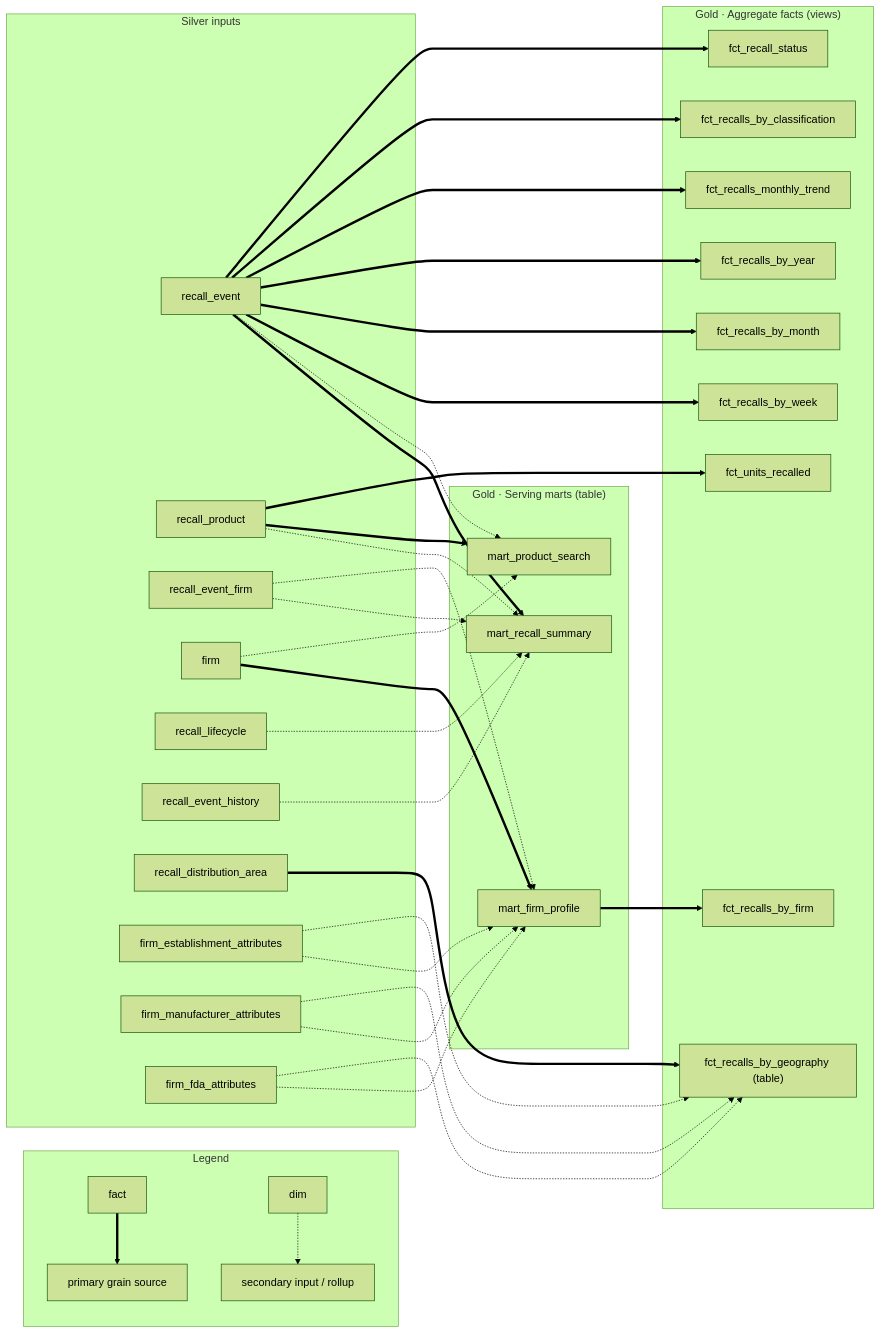
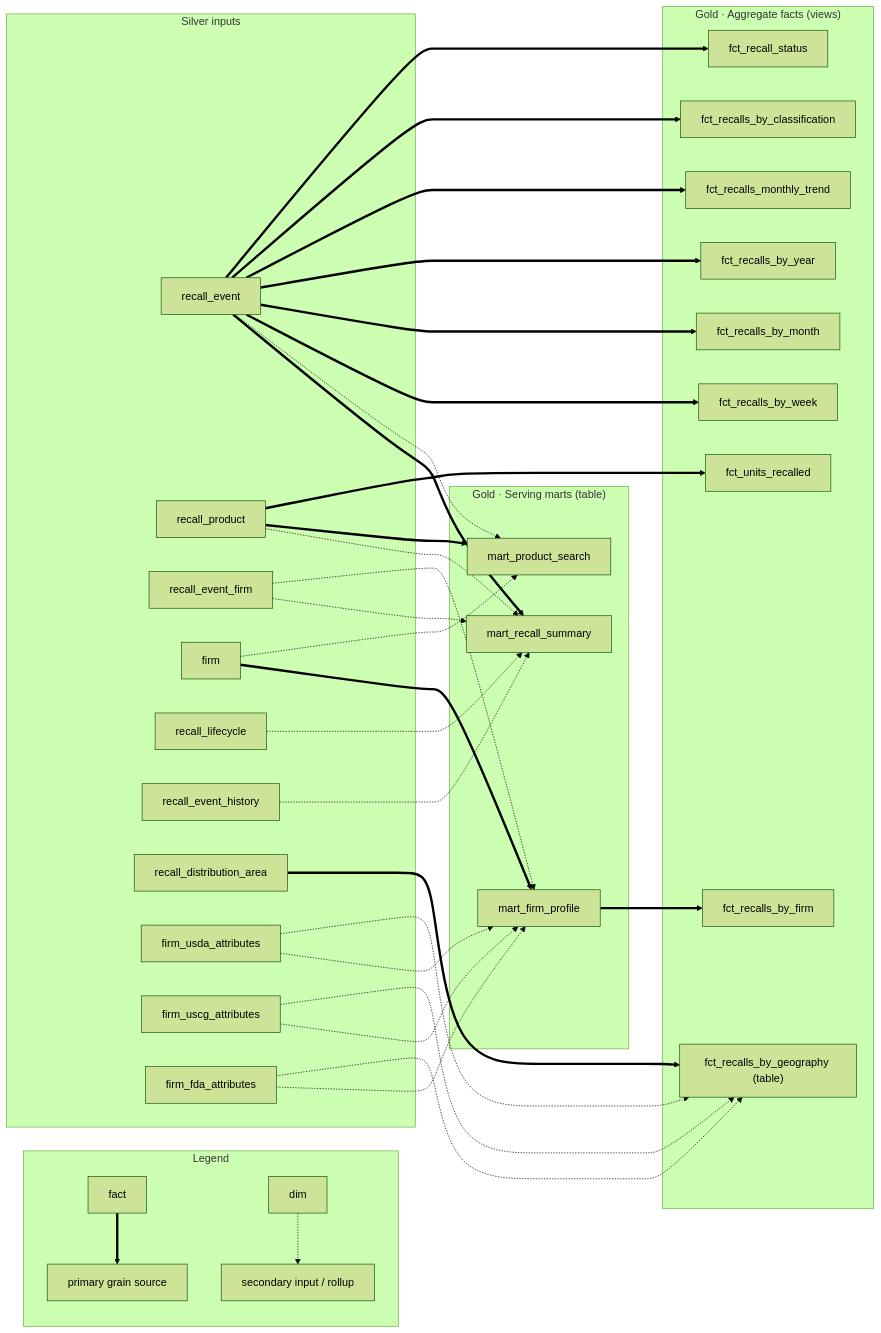
One commit to justanesta/consumer-product-recalls changed the fourth of 4 diagrams in documentation/database_overview.md. Above: the diagram before and after it, drawn with Mermaid (forest theme). The commit also changed other lines of this file and 39 other files, not shown here.

````diff
--- a/documentation/database_overview.md
+++ b/documentation/database_overview.md
@@ -414,67 +414,67 @@
 ```mermaid
 flowchart LR
     subgraph LEGEND["Legend"]
         gl1["fact"] ==> gl2["primary grain source"]
         gl3["dim"] -.-> gl4["secondary input / rollup"]
     end
 
     subgraph SILVER["Silver inputs"]
         re["recall_event"]
         rp["recall_product"]
         ref["recall_event_firm"]
         firm["firm"]
         rel["recall_lifecycle"]
         reh["recall_event_history"]
         rda["recall_distribution_area"]
-        fea["firm_establishment_attributes"]
-        fma["firm_manufacturer_attributes"]
+        fea["firm_usda_attributes"]
+        fma["firm_uscg_attributes"]
         ffa["firm_fda_attributes"]
     end
 
     subgraph MART["Gold · Serving marts (table)"]
         mrs["mart_recall_summary"]
         mfp["mart_firm_profile"]
         mps["mart_product_search"]
     end
 
     subgraph FCT["Gold · Aggregate facts (views)"]
         f_wk["fct_recalls_by_week"]
         f_mo["fct_recalls_by_month"]
         f_yr["fct_recalls_by_year"]
         f_tr["fct_recalls_monthly_trend"]
         f_cl["fct_recalls_by_classification"]
         f_st["fct_recall_status"]
         f_geo["fct_recalls_by_geography (table)"]
         f_un["fct_units_recalled"]
         f_fm["fct_recalls_by_firm"]
     end
 
     %% serving marts (primary grain ==> ; rollups/joins -.->)
     re ==> mrs
     rp -.-> mrs
     ref -.-> mrs
     rel -.-> mrs
     reh -.-> mrs
     firm ==> mfp
     ref -.-> mfp
     fea -.-> mfp
     fma -.-> mfp
     ffa -.-> mfp
     rp ==> mps
     re -.-> mps
     firm -.-> mps
 
     %% aggregate facts
     re ==> f_wk
     re ==> f_mo
     re ==> f_yr
     re ==> f_tr
     re ==> f_cl
     re ==> f_st
     rp ==> f_un
     rda ==> f_geo
     fea -.-> f_geo
     fma -.-> f_geo
     ffa -.-> f_geo
     mfp ==> f_fm
 ```
````
